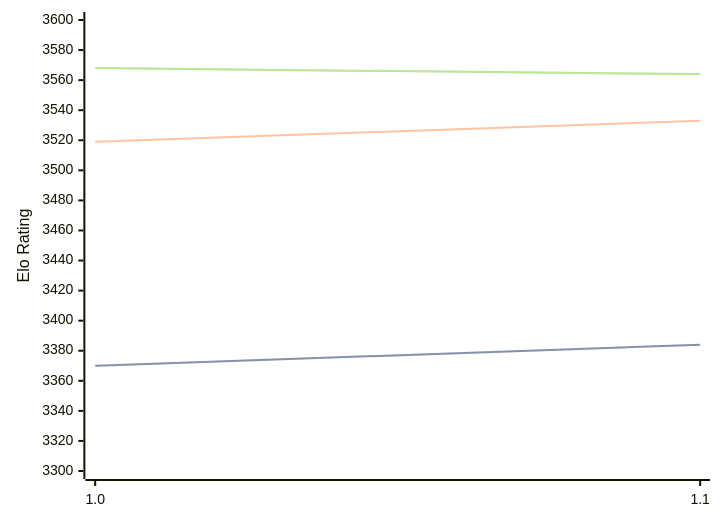
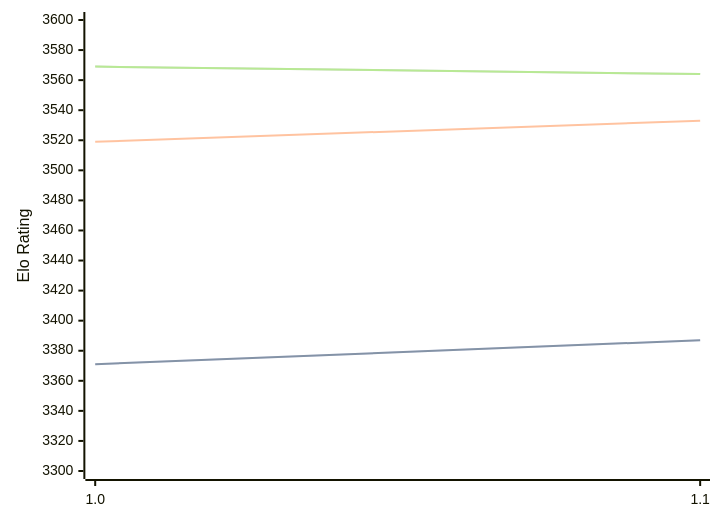
Before and after one commit to computer-chess-index/cci: the diagram in engines/Horsie.md, drawn with Mermaid. The commit also changed other lines of this file, not shown here.

Commit message:
Update CCI Ratings (ELO VLTC) - 2026-02-18

````diff
--- a/engines/Horsie.md
+++ b/engines/Horsie.md
@@ -29,11 +29,11 @@
 ```mermaid
 %%{init: {"theme":"base","themeVariables":{"seriesColors:['#a3a3a3','#222221','#faa371']}}}%%
 xychart-beta
   x-axis ["1.0", "1.1"]
   y-axis "Elo Rating" 3300 --> 3600
-  line "STC (8.0+0.08s)" [3370, 3384]
-  line "STC (8.0+0.08s)" [3370, 3384]
+  line "STC (8.0+0.08s)" [3371, 3387]
+  line "STC (8.0+0.08s)" [3371, 3387]
   line "LTC (60.0+0.60s)" [3519, 3533]
-  line "VLTC (2m24s+1.12s)" [3568, 3564]
-  line "VLTC (2m24s+1.12s)" [3568, 3564]
+  line "VLTC (2m24s+1.12s)" [3569, 3564]
+  line "VLTC (2m24s+1.12s)" [3569, 3564]
 ```
````
